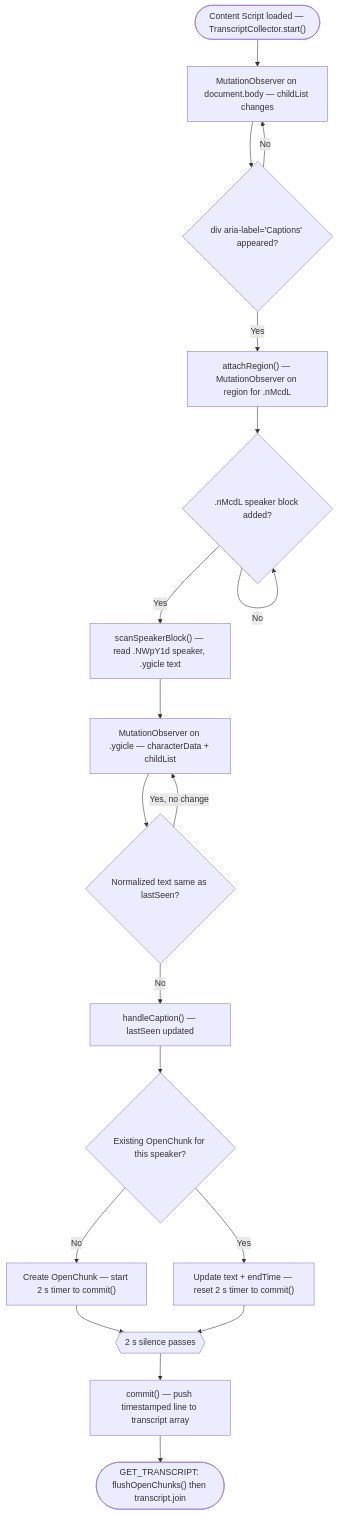
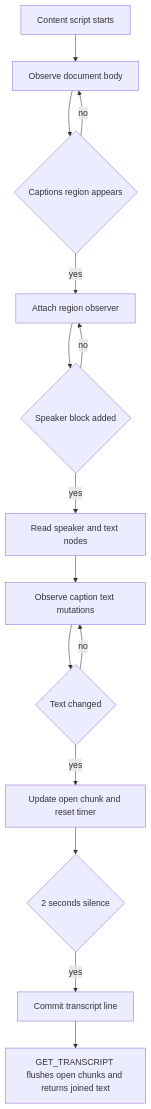
Before and after one commit to kstroevsky/chrome-meeting-recording-extension: the sixth of 8 diagrams in Documentation.md, drawn with Mermaid. The commit also changed other lines of this file, not shown here.

Commit message:
Docs: Documentation and diagrams update

````diff
--- a/Documentation.md
+++ b/Documentation.md
@@ -218,29 +241,20 @@
 ```mermaid
 flowchart TD
-    A(["Content Script loaded — TranscriptCollector.start()"])
-    A --> B["MutationObserver on document.body — childList changes"]
+    A[Content script starts] --> B[Observe document body]
+    B --> C{Captions region appears}
+    C -->|no| B
+    C -->|yes| D[Attach region observer]
 
-    B --> C{"div aria-label='Captions' appeared?"}
-    C -- No --> B
-    C -- Yes --> D["attachRegion() — MutationObserver on region for .nMcdL"]
+    D --> E{Speaker block added}
+    E -->|no| D
+    E -->|yes| F[Read speaker and text nodes]
 
-    D --> E{".nMcdL speaker block added?"}
-    E -- No --> E
-    E -- Yes --> F["scanSpeakerBlock() — read .NWpY1d speaker, .ygicle text"]
+    F --> G[Observe caption text mutations]
+    G --> H{Text changed}
+    H -->|no| G
+    H -->|yes| I[Update open chunk and reset timer]
 
-    F --> G["MutationObserver on .ygicle — characterData + childList"]
-
-    G --> H{"Normalized text same as lastSeen?"}
-    H -- Yes, no change --> G
-    H -- No --> I["handleCaption() — lastSeen updated"]
-
-    I --> J{"Existing OpenChunk for this speaker?"}
-    J -- No --> K["Create OpenChunk — start 2 s timer to commit()"]
-    J -- Yes --> L["Update text + endTime — reset 2 s timer to commit()"]
-
-    K --> M{{"2 s silence passes"}}
-    L --> M
-
-    M --> N["commit() — push timestamped line to transcript array"]
-    N --> O(["GET_TRANSCRIPT: flushOpenChunks() then transcript.join"])
+    I --> J{2 seconds silence}
+    J -->|yes| K[Commit transcript line]
+    K --> L[GET_TRANSCRIPT flushes open chunks and returns joined text]
 ```
````
